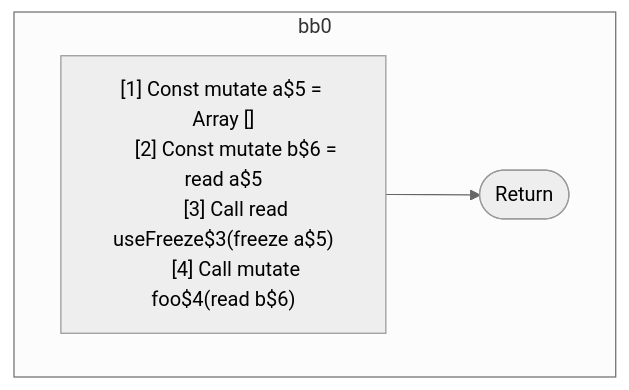
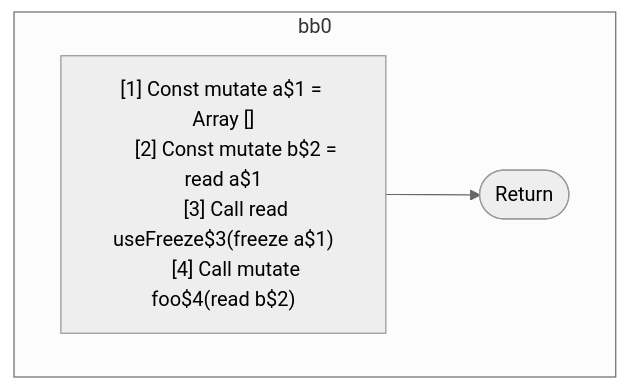
Before and after one commit to wutsmog/private: the first of 3 diagrams in compiler/forget/src/__tests__/fixtures/hir/frozen-after-alias.expect.md, drawn with Mermaid (neutral theme). The commit also changed other lines of this file and 57 other files, not shown here.

````diff
--- a/compiler/forget/src/__tests__/fixtures/hir/frozen-after-alias.expect.md
+++ b/compiler/forget/src/__tests__/fixtures/hir/frozen-after-alias.expect.md
@@ -30,16 +30,16 @@
 ```mermaid
 flowchart TB
   %% Basic Blocks
   subgraph bb0
     bb0_instrs["
-      [1] Const mutate a$5 = Array []
-      [2] Const mutate b$6 = read a$5
-      [3] Call read useFreeze$3(freeze a$5)
-      [4] Call mutate foo$4(read b$6)
+      [1] Const mutate a$1 = Array []
+      [2] Const mutate b$2 = read a$1
+      [3] Call read useFreeze$3(freeze a$1)
+      [4] Call mutate foo$4(read b$2)
     "]
     bb0_instrs --> bb0_terminal(["Return"])
   end
 
   %% Jumps
   %% empty
 ```
````
